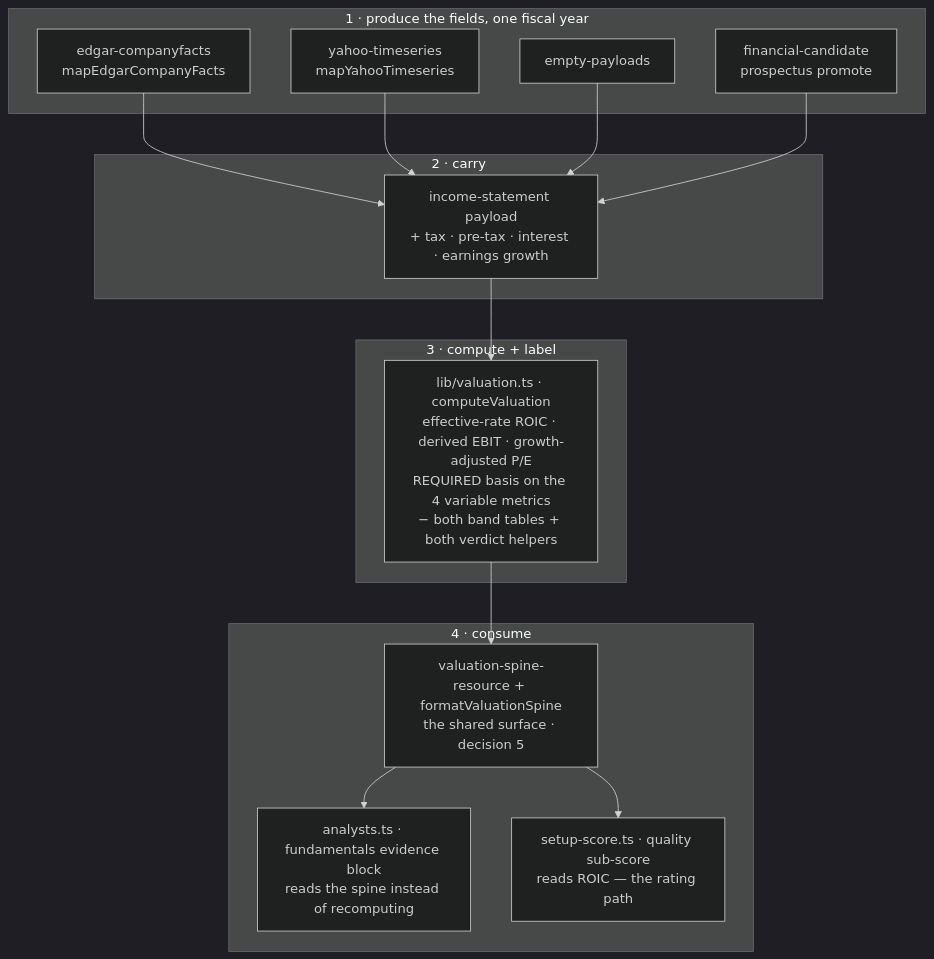
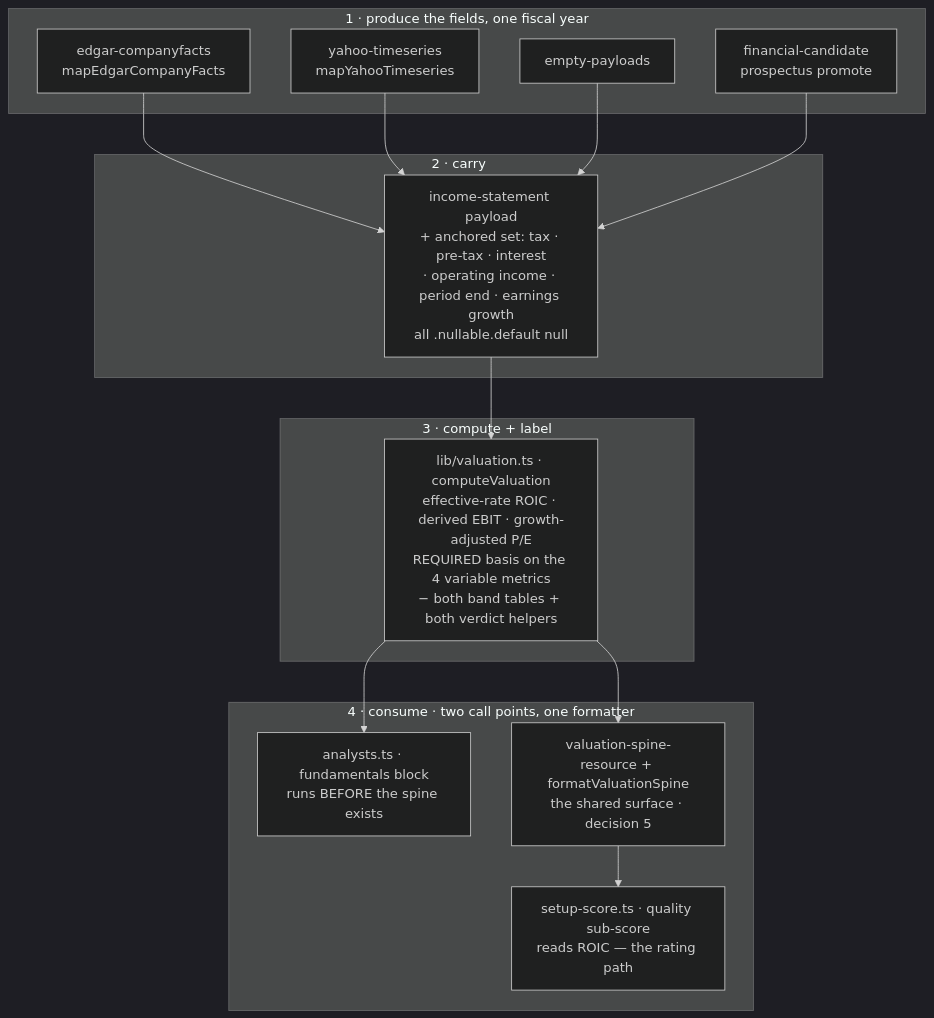
One commit to fixpoint-labs/flow-state-dev changed the diagram in spec/FIX-1064.md. Above: the diagram before and after it, drawn with Mermaid (dark theme). The commit also changed other lines of this file, not shown here.

First line of the commit message:
spec(FIX-1064): fold review round 2 — ordering, anchored operating income, legacy shape

````diff
--- a/spec/FIX-1064.md
+++ b/spec/FIX-1064.md
@@ -290,22 +304,23 @@
 ```mermaid
 flowchart TB
   subgraph produce[1 · produce the fields, one fiscal year]
     ED[edgar-companyfacts<br/>mapEdgarCompanyFacts]
     YA[yahoo-timeseries<br/>mapYahooTimeseries]
     EP[empty-payloads]
     PR[financial-candidate<br/>prospectus promote]
   end
   subgraph carry[2 · carry]
-    IS[income-statement payload<br/>+ tax · pre-tax · interest · earnings growth]
+    IS[income-statement payload<br/>+ anchored set: tax · pre-tax · interest<br/>· operating income · period end · earnings growth<br/>all .nullable.default null]
   end
   subgraph compute[3 · compute + label]
     DV[lib/valuation.ts · computeValuation<br/>effective-rate ROIC · derived EBIT · growth-adjusted P/E<br/>REQUIRED basis on the 4 variable metrics<br/>− both band tables + both verdict helpers]
   end
-  subgraph consume[4 · consume]
+  subgraph consume[4 · consume · two call points, one formatter]
+    AN[analysts.ts · fundamentals block<br/>runs BEFORE the spine exists]
     SP[valuation-spine-resource + formatValuationSpine<br/>the shared surface · decision 5]
-    AN[analysts.ts · fundamentals evidence block<br/>reads the spine instead of recomputing]
     QS[setup-score.ts · quality sub-score<br/>reads ROIC — the rating path]
   end
   ED & YA & EP & PR --> IS --> DV
-  DV --> SP --> AN & QS
+  DV --> AN
+  DV --> SP --> QS
 ```
````
